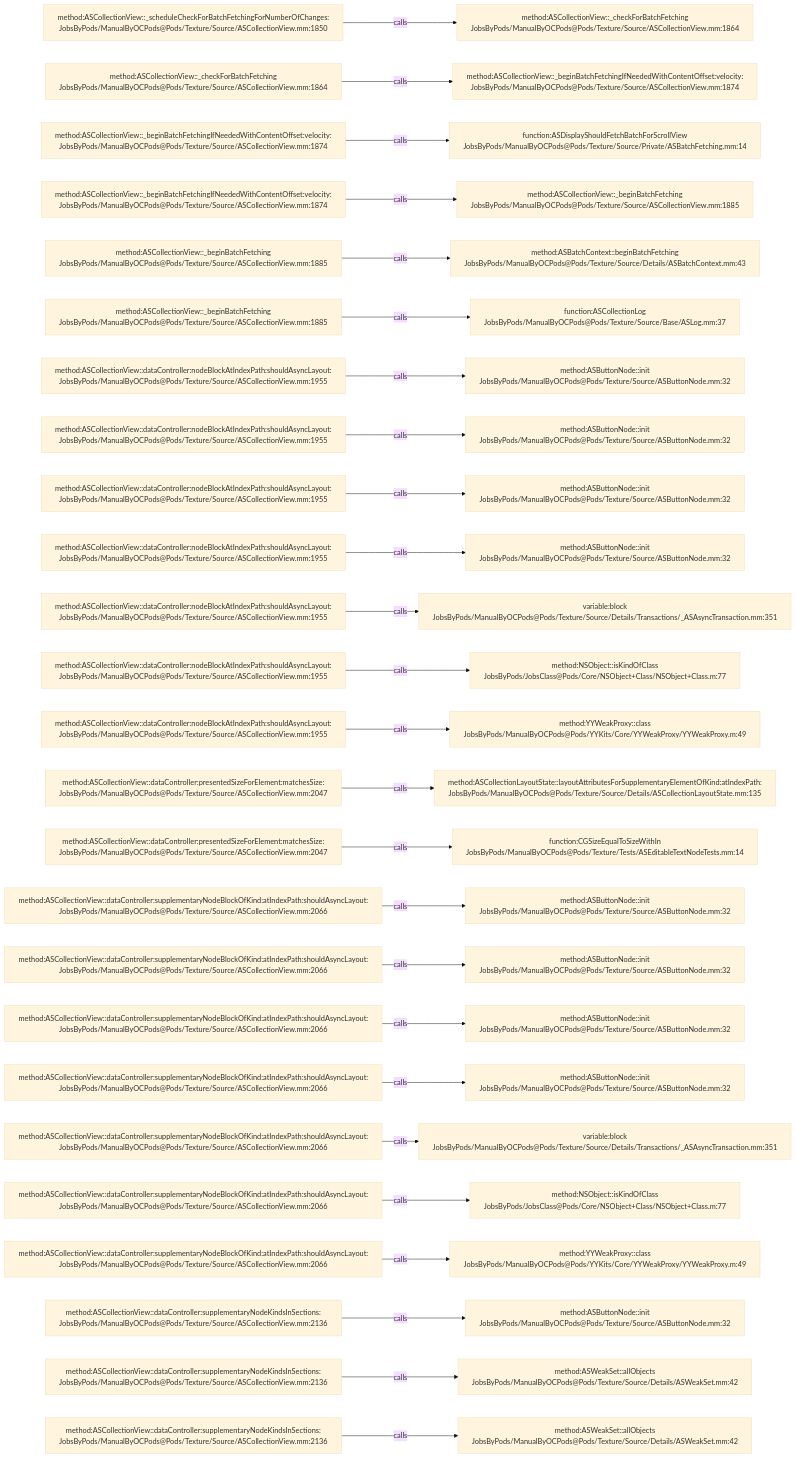
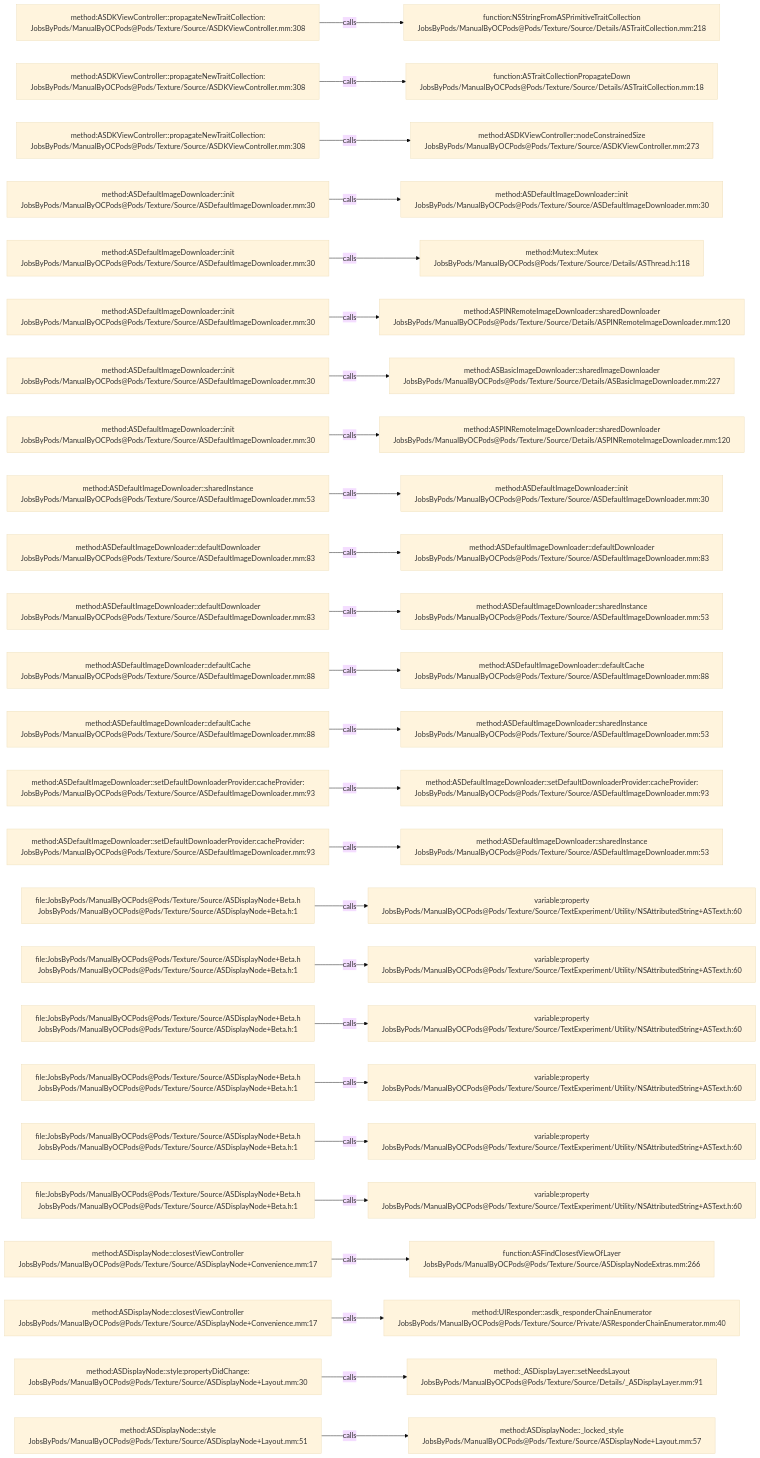
Before and after one commit to JobsKits/JobsOCBaseConfigDemo: the diagram in .codegraph/codegraph.md/graphs/calls-075.md, drawn with Mermaid (base theme). The commit also changed 2723 other files, not shown here.

````diff
--- a/.codegraph/codegraph.md/graphs/calls-075.md
+++ b/.codegraph/codegraph.md/graphs/calls-075.md
@@ -13,78 +13,78 @@
 ```mermaid
 flowchart LR
-  S1["method:ASCollectionView::_scheduleCheckForBatchFetchingForNumberOfChanges:<br/>JobsByPods/ManualByOCPods@Pods/Texture/Source/ASCollectionView.mm:1850"]
-  T1["method:ASCollectionView::_checkForBatchFetching<br/>JobsByPods/ManualByOCPods@Pods/Texture/Source/ASCollectionView.mm:1864"]
+  S1["method:ASDKViewController::propagateNewTraitCollection:<br/>JobsByPods/ManualByOCPods@Pods/Texture/Source/ASDKViewController.mm:308"]
+  T1["function:NSStringFromASPrimitiveTraitCollection<br/>JobsByPods/ManualByOCPods@Pods/Texture/Source/Details/ASTraitCollection.mm:218"]
   S1 -->|calls| T1
-  S2["method:ASCollectionView::_checkForBatchFetching<br/>JobsByPods/ManualByOCPods@Pods/Texture/Source/ASCollectionView.mm:1864"]
-  T2["method:ASCollectionView::_beginBatchFetchingIfNeededWithContentOffset:velocity:<br/>JobsByPods/ManualByOCPods@Pods/Texture/Source/ASCollectionView.mm:1874"]
+  S2["method:ASDKViewController::propagateNewTraitCollection:<br/>JobsByPods/ManualByOCPods@Pods/Texture/Source/ASDKViewController.mm:308"]
+  T2["function:ASTraitCollectionPropagateDown<br/>JobsByPods/ManualByOCPods@Pods/Texture/Source/Details/ASTraitCollection.mm:18"]
   S2 -->|calls| T2
-  S3["method:ASCollectionView::_beginBatchFetchingIfNeededWithContentOffset:velocity:<br/>JobsByPods/ManualByOCPods@Pods/Texture/Source/ASCollectionView.mm:1874"]
-  T3["function:ASDisplayShouldFetchBatchForScrollView<br/>JobsByPods/ManualByOCPods@Pods/Texture/Source/Private/ASBatchFetching.mm:14"]
+  S3["method:ASDKViewController::propagateNewTraitCollection:<br/>JobsByPods/ManualByOCPods@Pods/Texture/Source/ASDKViewController.mm:308"]
+  T3["method:ASDKViewController::nodeConstrainedSize<br/>JobsByPods/ManualByOCPods@Pods/Texture/Source/ASDKViewController.mm:273"]
   S3 -->|calls| T3
-  S4["method:ASCollectionView::_beginBatchFetchingIfNeededWithContentOffset:velocity:<br/>JobsByPods/ManualByOCPods@Pods/Texture/Source/ASCollectionView.mm:1874"]
-  T4["method:ASCollectionView::_beginBatchFetching<br/>JobsByPods/ManualByOCPods@Pods/Texture/Source/ASCollectionView.mm:1885"]
+  S4["method:ASDefaultImageDownloader::init<br/>JobsByPods/ManualByOCPods@Pods/Texture/Source/ASDefaultImageDownloader.mm:30"]
+  T4["method:ASDefaultImageDownloader::init<br/>JobsByPods/ManualByOCPods@Pods/Texture/Source/ASDefaultImageDownloader.mm:30"]
   S4 -->|calls| T4
-  S5["method:ASCollectionView::_beginBatchFetching<br/>JobsByPods/ManualByOCPods@Pods/Texture/Source/ASCollectionView.mm:1885"]
-  T5["method:ASBatchContext::beginBatchFetching<br/>JobsByPods/ManualByOCPods@Pods/Texture/Source/Details/ASBatchContext.mm:43"]
+  S5["method:ASDefaultImageDownloader::init<br/>JobsByPods/ManualByOCPods@Pods/Texture/Source/ASDefaultImageDownloader.mm:30"]
+  T5["method:Mutex::Mutex<br/>JobsByPods/ManualByOCPods@Pods/Texture/Source/Details/ASThread.h:118"]
   S5 -->|calls| T5
-  S6["method:ASCollectionView::_beginBatchFetching<br/>JobsByPods/ManualByOCPods@Pods/Texture/Source/ASCollectionView.mm:1885"]
-  T6["function:ASCollectionLog<br/>JobsByPods/ManualByOCPods@Pods/Texture/Source/Base/ASLog.mm:37"]
+  S6["method:ASDefaultImageDownloader::init<br/>JobsByPods/ManualByOCPods@Pods/Texture/Source/ASDefaultImageDownloader.mm:30"]
+  T6["method:ASPINRemoteImageDownloader::sharedDownloader<br/>JobsByPods/ManualByOCPods@Pods/Texture/Source/Details/ASPINRemoteImageDownloader.mm:120"]
   S6 -->|calls| T6
-  S7["method:ASCollectionView::dataController:nodeBlockAtIndexPath:shouldAsyncLayout:<br/>JobsByPods/ManualByOCPods@Pods/Texture/Source/ASCollectionView.mm:1955"]
-  T7["method:ASButtonNode::init<br/>JobsByPods/ManualByOCPods@Pods/Texture/Source/ASButtonNode.mm:32"]
+  S7["method:ASDefaultImageDownloader::init<br/>JobsByPods/ManualByOCPods@Pods/Texture/Source/ASDefaultImageDownloader.mm:30"]
+  T7["method:ASBasicImageDownloader::sharedImageDownloader<br/>JobsByPods/ManualByOCPods@Pods/Texture/Source/Details/ASBasicImageDownloader.mm:227"]
   S7 -->|calls| T7
-  S8["method:ASCollectionView::dataController:nodeBlockAtIndexPath:shouldAsyncLayout:<br/>JobsByPods/ManualByOCPods@Pods/Texture/Source/ASCollectionView.mm:1955"]
-  T8["method:ASButtonNode::init<br/>JobsByPods/ManualByOCPods@Pods/Texture/Source/ASButtonNode.mm:32"]
+  S8["method:ASDefaultImageDownloader::init<br/>JobsByPods/ManualByOCPods@Pods/Texture/Source/ASDefaultImageDownloader.mm:30"]
+  T8["method:ASPINRemoteImageDownloader::sharedDownloader<br/>JobsByPods/ManualByOCPods@Pods/Texture/Source/Details/ASPINRemoteImageDownloader.mm:120"]
   S8 -->|calls| T8
-  S9["method:ASCollectionView::dataController:nodeBlockAtIndexPath:shouldAsyncLayout:<br/>JobsByPods/ManualByOCPods@Pods/Texture/Source/ASCollectionView.mm:1955"]
-  T9["method:ASButtonNode::init<br/>JobsByPods/ManualByOCPods@Pods/Texture/Source/ASButtonNode.mm:32"]
+  S9["method:ASDefaultImageDownloader::sharedInstance<br/>JobsByPods/ManualByOCPods@Pods/Texture/Source/ASDefaultImageDownloader.mm:53"]
+  T9["method:ASDefaultImageDownloader::init<br/>JobsByPods/ManualByOCPods@Pods/Texture/Source/ASDefaultImageDownloader.mm:30"]
   S9 -->|calls| T9
-  S10["method:ASCollectionView::dataController:nodeBlockAtIndexPath:shouldAsyncLayout:<br/>JobsByPods/ManualByOCPods@Pods/Texture/Source/ASCollectionView.mm:1955"]
-  T10["method:ASButtonNode::init<br/>JobsByPods/ManualByOCPods@Pods/Texture/Source/ASButtonNode.mm:32"]
+  S10["method:ASDefaultImageDownloader::defaultDownloader<br/>JobsByPods/ManualByOCPods@Pods/Texture/Source/ASDefaultImageDownloader.mm:83"]
+  T10["method:ASDefaultImageDownloader::defaultDownloader<br/>JobsByPods/ManualByOCPods@Pods/Texture/Source/ASDefaultImageDownloader.mm:83"]
   S10 -->|calls| T10
-  S11["method:ASCollectionView::dataController:nodeBlockAtIndexPath:shouldAsyncLayout:<br/>JobsByPods/ManualByOCPods@Pods/Texture/Source/ASCollectionView.mm:1955"]
-  T11["variable:block<br/>JobsByPods/ManualByOCPods@Pods/Texture/Source/Details/Transactions/_ASAsyncTransaction.mm:351"]
+  S11["method:ASDefaultImageDownloader::defaultDownloader<br/>JobsByPods/ManualByOCPods@Pods/Texture/Source/ASDefaultImageDownloader.mm:83"]
+  T11["method:ASDefaultImageDownloader::sharedInstance<br/>JobsByPods/ManualByOCPods@Pods/Texture/Source/ASDefaultImageDownloader.mm:53"]
   S11 -->|calls| T11
-  S12["method:ASCollectionView::dataController:nodeBlockAtIndexPath:shouldAsyncLayout:<br/>JobsByPods/ManualByOCPods@Pods/Texture/Source/ASCollectionView.mm:1955"]
-  T12["method:NSObject::isKindOfClass<br/>JobsByPods/JobsClass@Pods/Core/NSObject+Class/NSObject+Class.m:77"]
+  S12["method:ASDefaultImageDownloader::defaultCache<br/>JobsByPods/ManualByOCPods@Pods/Texture/Source/ASDefaultImageDownloader.mm:88"]
+  T12["method:ASDefaultImageDownloader::defaultCache<br/>JobsByPods/ManualByOCPods@Pods/Texture/Source/ASDefaultImageDownloader.mm:88"]
   S12 -->|calls| T12
-  S13["method:ASCollectionView::dataController:nodeBlockAtIndexPath:shouldAsyncLayout:<br/>JobsByPods/ManualByOCPods@Pods/Texture/Source/ASCollectionView.mm:1955"]
-  T13["method:YYWeakProxy::class<br/>JobsByPods/ManualByOCPods@Pods/YYKits/Core/YYWeakProxy/YYWeakProxy.m:49"]
+  S13["method:ASDefaultImageDownloader::defaultCache<br/>JobsByPods/ManualByOCPods@Pods/Texture/Source/ASDefaultImageDownloader.mm:88"]
+  T13["method:ASDefaultImageDownloader::sharedInstance<br/>JobsByPods/ManualByOCPods@Pods/Texture/Source/ASDefaultImageDownloader.mm:53"]
   S13 -->|calls| T13
-  S14["method:ASCollectionView::dataController:presentedSizeForElement:matchesSize:<br/>JobsByPods/ManualByOCPods@Pods/Texture/Source/ASCollectionView.mm:2047"]
-  T14["method:ASCollectionLayoutState::layoutAttributesForSupplementaryElementOfKind:atIndexPath:<br/>JobsByPods/ManualByOCPods@Pods/Texture/Source/Details/ASCollectionLayoutState.mm:135"]
+  S14["method:ASDefaultImageDownloader::setDefaultDownloaderProvider:cacheProvider:<br/>JobsByPods/ManualByOCPods@Pods/Texture/Source/ASDefaultImageDownloader.mm:93"]
+  T14["method:ASDefaultImageDownloader::setDefaultDownloaderProvider:cacheProvider:<br/>JobsByPods/ManualByOCPods@Pods/Texture/Source/ASDefaultImageDownloader.mm:93"]
   S14 -->|calls| T14
-  S15["method:ASCollectionView::dataController:presentedSizeForElement:matchesSize:<br/>JobsByPods/ManualByOCPods@Pods/Texture/Source/ASCollectionView.mm:2047"]
-  T15["function:CGSizeEqualToSizeWithIn<br/>JobsByPods/ManualByOCPods@Pods/Texture/Tests/ASEditableTextNodeTests.mm:14"]
+  S15["method:ASDefaultImageDownloader::setDefaultDownloaderProvider:cacheProvider:<br/>JobsByPods/ManualByOCPods@Pods/Texture/Source/ASDefaultImageDownloader.mm:93"]
+  T15["method:ASDefaultImageDownloader::sharedInstance<br/>JobsByPods/ManualByOCPods@Pods/Texture/Source/ASDefaultImageDownloader.mm:53"]
   S15 -->|calls| T15
-  S16["method:ASCollectionView::dataController:supplementaryNodeBlockOfKind:atIndexPath:shouldAsyncLayout:<br/>JobsByPods/ManualByOCPods@Pods/Texture/Source/ASCollectionView.mm:2066"]
-  T16["method:ASButtonNode::init<br/>JobsByPods/ManualByOCPods@Pods/Texture/Source/ASButtonNode.mm:32"]
+  S16["file:JobsByPods/ManualByOCPods@Pods/Texture/Source/ASDisplayNode+Beta.h<br/>JobsByPods/ManualByOCPods@Pods/Texture/Source/ASDisplayNode+Beta.h:1"]
+  T16["variable:property<br/>JobsByPods/ManualByOCPods@Pods/Texture/Source/TextExperiment/Utility/NSAttributedString+ASText.h:60"]
   S16 -->|calls| T16
-  S17["method:ASCollectionView::dataController:supplementaryNodeBlockOfKind:atIndexPath:shouldAsyncLayout:<br/>JobsByPods/ManualByOCPods@Pods/Texture/Source/ASCollectionView.mm:2066"]
-  T17["method:ASButtonNode::init<br/>JobsByPods/ManualByOCPods@Pods/Texture/Source/ASButtonNode.mm:32"]
+  S17["file:JobsByPods/ManualByOCPods@Pods/Texture/Source/ASDisplayNode+Beta.h<br/>JobsByPods/ManualByOCPods@Pods/Texture/Source/ASDisplayNode+Beta.h:1"]
+  T17["variable:property<br/>JobsByPods/ManualByOCPods@Pods/Texture/Source/TextExperiment/Utility/NSAttributedString+ASText.h:60"]
   S17 -->|calls| T17
-  S18["method:ASCollectionView::dataController:supplementaryNodeBlockOfKind:atIndexPath:shouldAsyncLayout:<br/>JobsByPods/ManualByOCPods@Pods/Texture/Source/ASCollectionView.mm:2066"]
-  T18["method:ASButtonNode::init<br/>JobsByPods/ManualByOCPods@Pods/Texture/Source/ASButtonNode.mm:32"]
+  S18["file:JobsByPods/ManualByOCPods@Pods/Texture/Source/ASDisplayNode+Beta.h<br/>JobsByPods/ManualByOCPods@Pods/Texture/Source/ASDisplayNode+Beta.h:1"]
+  T18["variable:property<br/>JobsByPods/ManualByOCPods@Pods/Texture/Source/TextExperiment/Utility/NSAttributedString+ASText.h:60"]
   S18 -->|calls| T18
-  S19["method:ASCollectionView::dataController:supplementaryNodeBlockOfKind:atIndexPath:shouldAsyncLayout:<br/>JobsByPods/ManualByOCPods@Pods/Texture/Source/ASCollectionView.mm:2066"]
-  T19["method:ASButtonNode::init<br/>JobsByPods/ManualByOCPods@Pods/Texture/Source/ASButtonNode.mm:32"]
+  S19["file:JobsByPods/ManualByOCPods@Pods/Texture/Source/ASDisplayNode+Beta.h<br/>JobsByPods/ManualByOCPods@Pods/Texture/Source/ASDisplayNode+Beta.h:1"]
+  T19["variable:property<br/>JobsByPods/ManualByOCPods@Pods/Texture/Source/TextExperiment/Utility/NSAttributedString+ASText.h:60"]
   S19 -->|calls| T19
-  S20["method:ASCollectionView::dataController:supplementaryNodeBlockOfKind:atIndexPath:shouldAsyncLayout:<br/>JobsByPods/ManualByOCPods@Pods/Texture/Source/ASCollectionView.mm:2066"]
-  T20["variable:block<br/>JobsByPods/ManualByOCPods@Pods/Texture/Source/Details/Transactions/_ASAsyncTransaction.mm:351"]
+  S20["file:JobsByPods/ManualByOCPods@Pods/Texture/Source/ASDisplayNode+Beta.h<br/>JobsByPods/ManualByOCPods@Pods/Texture/Source/ASDisplayNode+Beta.h:1"]
+  T20["variable:property<br/>JobsByPods/ManualByOCPods@Pods/Texture/Source/TextExperiment/Utility/NSAttributedString+ASText.h:60"]
   S20 -->|calls| T20
-  S21["method:ASCollectionView::dataController:supplementaryNodeBlockOfKind:atIndexPath:shouldAsyncLayout:<br/>JobsByPods/ManualByOCPods@Pods/Texture/Source/ASCollectionView.mm:2066"]
-  T21["method:NSObject::isKindOfClass<br/>JobsByPods/JobsClass@Pods/Core/NSObject+Class/NSObject+Class.m:77"]
+  S21["file:JobsByPods/ManualByOCPods@Pods/Texture/Source/ASDisplayNode+Beta.h<br/>JobsByPods/ManualByOCPods@Pods/Texture/Source/ASDisplayNode+Beta.h:1"]
+  T21["variable:property<br/>JobsByPods/ManualByOCPods@Pods/Texture/Source/TextExperiment/Utility/NSAttributedString+ASText.h:60"]
   S21 -->|calls| T21
-  S22["method:ASCollectionView::dataController:supplementaryNodeBlockOfKind:atIndexPath:shouldAsyncLayout:<br/>JobsByPods/ManualByOCPods@Pods/Texture/Source/ASCollectionView.mm:2066"]
-  T22["method:YYWeakProxy::class<br/>JobsByPods/ManualByOCPods@Pods/YYKits/Core/YYWeakProxy/YYWeakProxy.m:49"]
+  S22["method:ASDisplayNode::closestViewController<br/>JobsByPods/ManualByOCPods@Pods/Texture/Source/ASDisplayNode+Convenience.mm:17"]
+  T22["function:ASFindClosestViewOfLayer<br/>JobsByPods/ManualByOCPods@Pods/Texture/Source/ASDisplayNodeExtras.mm:266"]
   S22 -->|calls| T22
-  S23["method:ASCollectionView::dataController:supplementaryNodeKindsInSections:<br/>JobsByPods/ManualByOCPods@Pods/Texture/Source/ASCollectionView.mm:2136"]
-  T23["method:ASButtonNode::init<br/>JobsByPods/ManualByOCPods@Pods/Texture/Source/ASButtonNode.mm:32"]
+  S23["method:ASDisplayNode::closestViewController<br/>JobsByPods/ManualByOCPods@Pods/Texture/Source/ASDisplayNode+Convenience.mm:17"]
+  T23["method:UIResponder::asdk_responderChainEnumerator<br/>JobsByPods/ManualByOCPods@Pods/Texture/Source/Private/ASResponderChainEnumerator.mm:40"]
   S23 -->|calls| T23
-  S24["method:ASCollectionView::dataController:supplementaryNodeKindsInSections:<br/>JobsByPods/ManualByOCPods@Pods/Texture/Source/ASCollectionView.mm:2136"]
-  T24["method:ASWeakSet::allObjects<br/>JobsByPods/ManualByOCPods@Pods/Texture/Source/Details/ASWeakSet.mm:42"]
+  S24["method:ASDisplayNode::style:propertyDidChange:<br/>JobsByPods/ManualByOCPods@Pods/Texture/Source/ASDisplayNode+Layout.mm:30"]
+  T24["method:_ASDisplayLayer::setNeedsLayout<br/>JobsByPods/ManualByOCPods@Pods/Texture/Source/Details/_ASDisplayLayer.mm:91"]
   S24 -->|calls| T24
-  S25["method:ASCollectionView::dataController:supplementaryNodeKindsInSections:<br/>JobsByPods/ManualByOCPods@Pods/Texture/Source/ASCollectionView.mm:2136"]
-  T25["method:ASWeakSet::allObjects<br/>JobsByPods/ManualByOCPods@Pods/Texture/Source/Details/ASWeakSet.mm:42"]
+  S25["method:ASDisplayNode::style<br/>JobsByPods/ManualByOCPods@Pods/Texture/Source/ASDisplayNode+Layout.mm:51"]
+  T25["method:ASDisplayNode::_locked_style<br/>JobsByPods/ManualByOCPods@Pods/Texture/Source/ASDisplayNode+Layout.mm:57"]
   S25 -->|calls| T25
 ```
````
